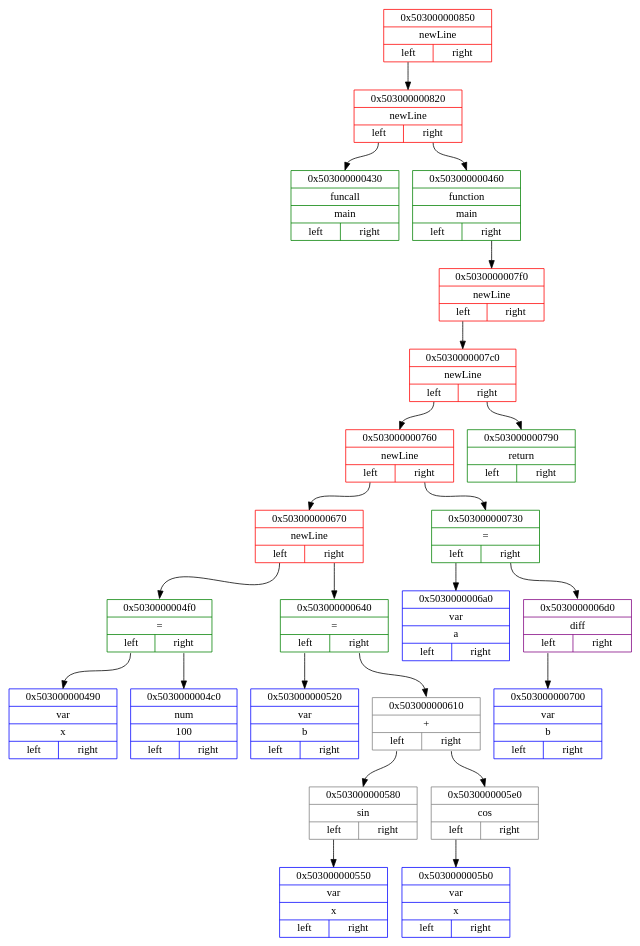
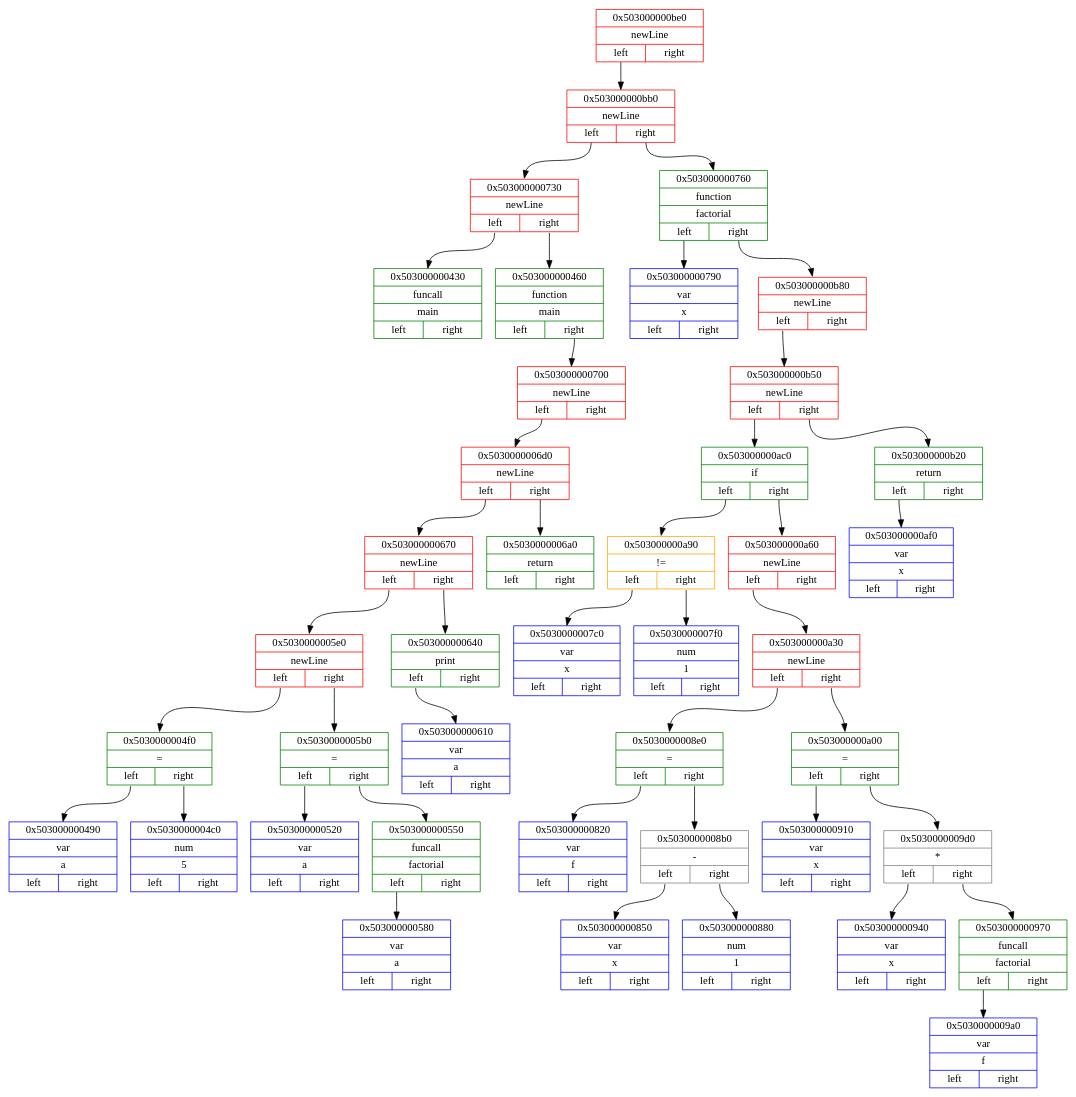
The diagram in dot_files/frontenedDotFile.dot (Matvey787/myProgLanguage), drawn with Graphviz before and after one commit. The commit also changed 62 other files, not shown here.

```diff
--- a/dot_files/frontenedDotFile.dot
+++ b/dot_files/frontenedDotFile.dot
@@ -2,49 +2,87 @@
 { 
 rankdir=HR;
 
-node0x503000000850 [ shape=record, color = red rank = 1, label= "{ 0x503000000850 | newLine |         {<n0x503000000850_l> left | <n0x503000000850_r> right}} " ];
-node0x503000000820 [ shape=record, color = red rank = 2, label= "{ 0x503000000820 | newLine |         {<n0x503000000820_l> left | <n0x503000000820_r> right}} " ];
-node0x503000000430 [ shape=record, color = green rank = 3, label= "{ 0x503000000430 | funcall | main |         {<n0x503000000430_l> left | <n0x503000000430_r> right}} " ];
-node0x503000000820:<n0x503000000820_l>:s -> node0x503000000430:n [ color = black; ]
-node0x503000000460 [ shape=record, color = green rank = 4, label= "{ 0x503000000460 | function | main |         {<n0x503000000460_l> left | <n0x503000000460_r> right}} " ];
-node0x5030000007f0 [ shape=record, color = red rank = 5, label= "{ 0x5030000007f0 | newLine |         {<n0x5030000007f0_l> left | <n0x5030000007f0_r> right}} " ];
-node0x5030000007c0 [ shape=record, color = red rank = 6, label= "{ 0x5030000007c0 | newLine |         {<n0x5030000007c0_l> left | <n0x5030000007c0_r> right}} " ];
-node0x503000000760 [ shape=record, color = red rank = 7, label= "{ 0x503000000760 | newLine |         {<n0x503000000760_l> left | <n0x503000000760_r> right}} " ];
+node0x503000000be0 [ shape=record, color = red rank = 1, label= "{ 0x503000000be0 | newLine |         {<n0x503000000be0_l> left | <n0x503000000be0_r> right}} " ];
+node0x503000000bb0 [ shape=record, color = red rank = 2, label= "{ 0x503000000bb0 | newLine |         {<n0x503000000bb0_l> left | <n0x503000000bb0_r> right}} " ];
+node0x503000000730 [ shape=record, color = red rank = 3, label= "{ 0x503000000730 | newLine |         {<n0x503000000730_l> left | <n0x503000000730_r> right}} " ];
+node0x503000000430 [ shape=record, color = green rank = 4, label= "{ 0x503000000430 | funcall | main |         {<n0x503000000430_l> left | <n0x503000000430_r> right}} " ];
+node0x503000000730:<n0x503000000730_l>:s -> node0x503000000430:n [ color = black; ]
+node0x503000000460 [ shape=record, color = green rank = 5, label= "{ 0x503000000460 | function | main |         {<n0x503000000460_l> left | <n0x503000000460_r> right}} " ];
+node0x503000000700 [ shape=record, color = red rank = 6, label= "{ 0x503000000700 | newLine |         {<n0x503000000700_l> left | <n0x503000000700_r> right}} " ];
+node0x5030000006d0 [ shape=record, color = red rank = 7, label= "{ 0x5030000006d0 | newLine |         {<n0x5030000006d0_l> left | <n0x5030000006d0_r> right}} " ];
 node0x503000000670 [ shape=record, color = red rank = 8, label= "{ 0x503000000670 | newLine |         {<n0x503000000670_l> left | <n0x503000000670_r> right}} " ];
-node0x5030000004f0 [ shape=record, color = green rank = 9, label= "{ 0x5030000004f0 | = |         {<n0x5030000004f0_l> left | <n0x5030000004f0_r> right}} " ];
-node0x503000000490 [ shape=record, color = blue rank = 10, label= "{ 0x503000000490 | var | x |         {<n0x503000000490_l> left | <n0x503000000490_r> right}} " ];
+node0x5030000005e0 [ shape=record, color = red rank = 9, label= "{ 0x5030000005e0 | newLine |         {<n0x5030000005e0_l> left | <n0x5030000005e0_r> right}} " ];
+node0x5030000004f0 [ shape=record, color = green rank = 10, label= "{ 0x5030000004f0 | = |         {<n0x5030000004f0_l> left | <n0x5030000004f0_r> right}} " ];
+node0x503000000490 [ shape=record, color = blue rank = 11, label= "{ 0x503000000490 | var | a |         {<n0x503000000490_l> left | <n0x503000000490_r> right}} " ];
 node0x5030000004f0:<n0x5030000004f0_l>:s -> node0x503000000490:n [ color = black; ]
-node0x5030000004c0 [ shape=record, color = blue rank = 11, label= "{ 0x5030000004c0 | num | 100 |         {<n0x5030000004c0_l> left | <n0x5030000004c0_r> right}} " ];
+node0x5030000004c0 [ shape=record, color = blue rank = 12, label= "{ 0x5030000004c0 | num | 5 |         {<n0x5030000004c0_l> left | <n0x5030000004c0_r> right}} " ];
 node0x5030000004f0:<n0x5030000004f0_r>:s -> node0x5030000004c0:n [ color = black; ]
-node0x503000000670:<n0x503000000670_l>:s -> node0x5030000004f0:n [ color = black; ]
-node0x503000000640 [ shape=record, color = green rank = 10, label= "{ 0x503000000640 | = |         {<n0x503000000640_l> left | <n0x503000000640_r> right}} " ];
-node0x503000000520 [ shape=record, color = blue rank = 11, label= "{ 0x503000000520 | var | b |         {<n0x503000000520_l> left | <n0x503000000520_r> right}} " ];
-node0x503000000640:<n0x503000000640_l>:s -> node0x503000000520:n [ color = black; ]
-node0x503000000610 [ shape=record, color = grey rank = 12, label= "{ 0x503000000610 | + |         {<n0x503000000610_l> left | <n0x503000000610_r> right}} " ];
-node0x503000000580 [ shape=record, color = grey rank = 13, label= "{ 0x503000000580 | sin |         {<n0x503000000580_l> left | <n0x503000000580_r> right}} " ];
-node0x503000000550 [ shape=record, color = blue rank = 14, label= "{ 0x503000000550 | var | x |         {<n0x503000000550_l> left | <n0x503000000550_r> right}} " ];
-node0x503000000580:<n0x503000000580_l>:s -> node0x503000000550:n [ color = black; ]
-node0x503000000610:<n0x503000000610_l>:s -> node0x503000000580:n [ color = black; ]
-node0x5030000005e0 [ shape=record, color = grey rank = 14, label= "{ 0x5030000005e0 | cos |         {<n0x5030000005e0_l> left | <n0x5030000005e0_r> right}} " ];
-node0x5030000005b0 [ shape=record, color = blue rank = 15, label= "{ 0x5030000005b0 | var | x |         {<n0x5030000005b0_l> left | <n0x5030000005b0_r> right}} " ];
-node0x5030000005e0:<n0x5030000005e0_l>:s -> node0x5030000005b0:n [ color = black; ]
-node0x503000000610:<n0x503000000610_r>:s -> node0x5030000005e0:n [ color = black; ]
-node0x503000000640:<n0x503000000640_r>:s -> node0x503000000610:n [ color = black; ]
+node0x5030000005e0:<n0x5030000005e0_l>:s -> node0x5030000004f0:n [ color = black; ]
+node0x5030000005b0 [ shape=record, color = green rank = 11, label= "{ 0x5030000005b0 | = |         {<n0x5030000005b0_l> left | <n0x5030000005b0_r> right}} " ];
+node0x503000000520 [ shape=record, color = blue rank = 12, label= "{ 0x503000000520 | var | a |         {<n0x503000000520_l> left | <n0x503000000520_r> right}} " ];
+node0x5030000005b0:<n0x5030000005b0_l>:s -> node0x503000000520:n [ color = black; ]
+node0x503000000550 [ shape=record, color = green rank = 13, label= "{ 0x503000000550 | funcall | factorial |         {<n0x503000000550_l> left | <n0x503000000550_r> right}} " ];
+node0x503000000580 [ shape=record, color = blue rank = 14, label= "{ 0x503000000580 | var | a |         {<n0x503000000580_l> left | <n0x503000000580_r> right}} " ];
+node0x503000000550:<n0x503000000550_l>:s -> node0x503000000580:n [ color = black; ]
+node0x5030000005b0:<n0x5030000005b0_r>:s -> node0x503000000550:n [ color = black; ]
+node0x5030000005e0:<n0x5030000005e0_r>:s -> node0x5030000005b0:n [ color = black; ]
+node0x503000000670:<n0x503000000670_l>:s -> node0x5030000005e0:n [ color = black; ]
+node0x503000000640 [ shape=record, color = green rank = 10, label= "{ 0x503000000640 | print |         {<n0x503000000640_l> left | <n0x503000000640_r> right}} " ];
+node0x503000000610 [ shape=record, color = blue rank = 11, label= "{ 0x503000000610 | var | a |         {<n0x503000000610_l> left | <n0x503000000610_r> right}} " ];
+node0x503000000640:<n0x503000000640_l>:s -> node0x503000000610:n [ color = black; ]
 node0x503000000670:<n0x503000000670_r>:s -> node0x503000000640:n [ color = black; ]
-node0x503000000760:<n0x503000000760_l>:s -> node0x503000000670:n [ color = black; ]
-node0x503000000730 [ shape=record, color = green rank = 9, label= "{ 0x503000000730 | = |         {<n0x503000000730_l> left | <n0x503000000730_r> right}} " ];
-node0x5030000006a0 [ shape=record, color = blue rank = 10, label= "{ 0x5030000006a0 | var | a |         {<n0x5030000006a0_l> left | <n0x5030000006a0_r> right}} " ];
-node0x503000000730:<n0x503000000730_l>:s -> node0x5030000006a0:n [ color = black; ]
-node0x5030000006d0 [ shape=record, color = purple rank = 11, label= "{ 0x5030000006d0 | diff |         {<n0x5030000006d0_l> left | <n0x5030000006d0_r> right}} " ];
-node0x503000000700 [ shape=record, color = blue rank = 12, label= "{ 0x503000000700 | var | b |         {<n0x503000000700_l> left | <n0x503000000700_r> right}} " ];
-node0x5030000006d0:<n0x5030000006d0_l>:s -> node0x503000000700:n [ color = black; ]
-node0x503000000730:<n0x503000000730_r>:s -> node0x5030000006d0:n [ color = black; ]
-node0x503000000760:<n0x503000000760_r>:s -> node0x503000000730:n [ color = black; ]
-node0x5030000007c0:<n0x5030000007c0_l>:s -> node0x503000000760:n [ color = black; ]
-node0x503000000790 [ shape=record, color = green rank = 8, label= "{ 0x503000000790 | return |         {<n0x503000000790_l> left | <n0x503000000790_r> right}} " ];
-node0x5030000007c0:<n0x5030000007c0_r>:s -> node0x503000000790:n [ color = black; ]
-node0x5030000007f0:<n0x5030000007f0_l>:s -> node0x5030000007c0:n [ color = black; ]
-node0x503000000460:<n0x503000000460_r>:s -> node0x5030000007f0:n [ color = black; ]
-node0x503000000820:<n0x503000000820_r>:s -> node0x503000000460:n [ color = black; ]
-node0x503000000850:<n0x503000000850_l>:s -> node0x503000000820:n [ color = black; ]
+node0x5030000006d0:<n0x5030000006d0_l>:s -> node0x503000000670:n [ color = black; ]
+node0x5030000006a0 [ shape=record, color = green rank = 9, label= "{ 0x5030000006a0 | return |         {<n0x5030000006a0_l> left | <n0x5030000006a0_r> right}} " ];
+node0x5030000006d0:<n0x5030000006d0_r>:s -> node0x5030000006a0:n [ color = black; ]
+node0x503000000700:<n0x503000000700_l>:s -> node0x5030000006d0:n [ color = black; ]
+node0x503000000460:<n0x503000000460_r>:s -> node0x503000000700:n [ color = black; ]
+node0x503000000730:<n0x503000000730_r>:s -> node0x503000000460:n [ color = black; ]
+node0x503000000bb0:<n0x503000000bb0_l>:s -> node0x503000000730:n [ color = black; ]
+node0x503000000760 [ shape=record, color = green rank = 4, label= "{ 0x503000000760 | function | factorial |         {<n0x503000000760_l> left | <n0x503000000760_r> right}} " ];
+node0x503000000790 [ shape=record, color = blue rank = 5, label= "{ 0x503000000790 | var | x |         {<n0x503000000790_l> left | <n0x503000000790_r> right}} " ];
+node0x503000000760:<n0x503000000760_l>:s -> node0x503000000790:n [ color = black; ]
+node0x503000000b80 [ shape=record, color = red rank = 6, label= "{ 0x503000000b80 | newLine |         {<n0x503000000b80_l> left | <n0x503000000b80_r> right}} " ];
+node0x503000000b50 [ shape=record, color = red rank = 7, label= "{ 0x503000000b50 | newLine |         {<n0x503000000b50_l> left | <n0x503000000b50_r> right}} " ];
+node0x503000000ac0 [ shape=record, color = green rank = 8, label= "{ 0x503000000ac0 | if |         {<n0x503000000ac0_l> left | <n0x503000000ac0_r> right}} " ];
+node0x503000000a90 [ shape=record, color = orange rank = 9, label= "{ 0x503000000a90 | != |         {<n0x503000000a90_l> left | <n0x503000000a90_r> right}} " ];
+node0x5030000007c0 [ shape=record, color = blue rank = 10, label= "{ 0x5030000007c0 | var | x |         {<n0x5030000007c0_l> left | <n0x5030000007c0_r> right}} " ];
+node0x503000000a90:<n0x503000000a90_l>:s -> node0x5030000007c0:n [ color = black; ]
+node0x5030000007f0 [ shape=record, color = blue rank = 11, label= "{ 0x5030000007f0 | num | 1 |         {<n0x5030000007f0_l> left | <n0x5030000007f0_r> right}} " ];
+node0x503000000a90:<n0x503000000a90_r>:s -> node0x5030000007f0:n [ color = black; ]
+node0x503000000ac0:<n0x503000000ac0_l>:s -> node0x503000000a90:n [ color = black; ]
+node0x503000000a60 [ shape=record, color = red rank = 10, label= "{ 0x503000000a60 | newLine |         {<n0x503000000a60_l> left | <n0x503000000a60_r> right}} " ];
+node0x503000000a30 [ shape=record, color = red rank = 11, label= "{ 0x503000000a30 | newLine |         {<n0x503000000a30_l> left | <n0x503000000a30_r> right}} " ];
+node0x5030000008e0 [ shape=record, color = green rank = 12, label= "{ 0x5030000008e0 | = |         {<n0x5030000008e0_l> left | <n0x5030000008e0_r> right}} " ];
+node0x503000000820 [ shape=record, color = blue rank = 13, label= "{ 0x503000000820 | var | f |         {<n0x503000000820_l> left | <n0x503000000820_r> right}} " ];
+node0x5030000008e0:<n0x5030000008e0_l>:s -> node0x503000000820:n [ color = black; ]
+node0x5030000008b0 [ shape=record, color = grey rank = 14, label= "{ 0x5030000008b0 | - |         {<n0x5030000008b0_l> left | <n0x5030000008b0_r> right}} " ];
+node0x503000000850 [ shape=record, color = blue rank = 15, label= "{ 0x503000000850 | var | x |         {<n0x503000000850_l> left | <n0x503000000850_r> right}} " ];
+node0x5030000008b0:<n0x5030000008b0_l>:s -> node0x503000000850:n [ color = black; ]
+node0x503000000880 [ shape=record, color = blue rank = 16, label= "{ 0x503000000880 | num | 1 |         {<n0x503000000880_l> left | <n0x503000000880_r> right}} " ];
+node0x5030000008b0:<n0x5030000008b0_r>:s -> node0x503000000880:n [ color = black; ]
+node0x5030000008e0:<n0x5030000008e0_r>:s -> node0x5030000008b0:n [ color = black; ]
+node0x503000000a30:<n0x503000000a30_l>:s -> node0x5030000008e0:n [ color = black; ]
+node0x503000000a00 [ shape=record, color = green rank = 13, label= "{ 0x503000000a00 | = |         {<n0x503000000a00_l> left | <n0x503000000a00_r> right}} " ];
+node0x503000000910 [ shape=record, color = blue rank = 14, label= "{ 0x503000000910 | var | x |         {<n0x503000000910_l> left | <n0x503000000910_r> right}} " ];
+node0x503000000a00:<n0x503000000a00_l>:s -> node0x503000000910:n [ color = black; ]
+node0x5030000009d0 [ shape=record, color = grey rank = 15, label= "{ 0x5030000009d0 | * |         {<n0x5030000009d0_l> left | <n0x5030000009d0_r> right}} " ];
+node0x503000000940 [ shape=record, color = blue rank = 16, label= "{ 0x503000000940 | var | x |         {<n0x503000000940_l> left | <n0x503000000940_r> right}} " ];
+node0x5030000009d0:<n0x5030000009d0_l>:s -> node0x503000000940:n [ color = black; ]
+node0x503000000970 [ shape=record, color = green rank = 17, label= "{ 0x503000000970 | funcall | factorial |         {<n0x503000000970_l> left | <n0x503000000970_r> right}} " ];
+node0x5030000009a0 [ shape=record, color = blue rank = 18, label= "{ 0x5030000009a0 | var | f |         {<n0x5030000009a0_l> left | <n0x5030000009a0_r> right}} " ];
+node0x503000000970:<n0x503000000970_l>:s -> node0x5030000009a0:n [ color = black; ]
+node0x5030000009d0:<n0x5030000009d0_r>:s -> node0x503000000970:n [ color = black; ]
+node0x503000000a00:<n0x503000000a00_r>:s -> node0x5030000009d0:n [ color = black; ]
+node0x503000000a30:<n0x503000000a30_r>:s -> node0x503000000a00:n [ color = black; ]
+node0x503000000a60:<n0x503000000a60_l>:s -> node0x503000000a30:n [ color = black; ]
+node0x503000000ac0:<n0x503000000ac0_r>:s -> node0x503000000a60:n [ color = black; ]
+node0x503000000b50:<n0x503000000b50_l>:s -> node0x503000000ac0:n [ color = black; ]
+node0x503000000b20 [ shape=record, color = green rank = 9, label= "{ 0x503000000b20 | return |         {<n0x503000000b20_l> left | <n0x503000000b20_r> right}} " ];
+node0x503000000af0 [ shape=record, color = blue rank = 10, label= "{ 0x503000000af0 | var | x |         {<n0x503000000af0_l> left | <n0x503000000af0_r> right}} " ];
+node0x503000000b20:<n0x503000000b20_l>:s -> node0x503000000af0:n [ color = black; ]
+node0x503000000b50:<n0x503000000b50_r>:s -> node0x503000000b20:n [ color = black; ]
+node0x503000000b80:<n0x503000000b80_l>:s -> node0x503000000b50:n [ color = black; ]
+node0x503000000760:<n0x503000000760_r>:s -> node0x503000000b80:n [ color = black; ]
+node0x503000000bb0:<n0x503000000bb0_r>:s -> node0x503000000760:n [ color = black; ]
+node0x503000000be0:<n0x503000000be0_l>:s -> node0x503000000bb0:n [ color = black; ]
 }
```
